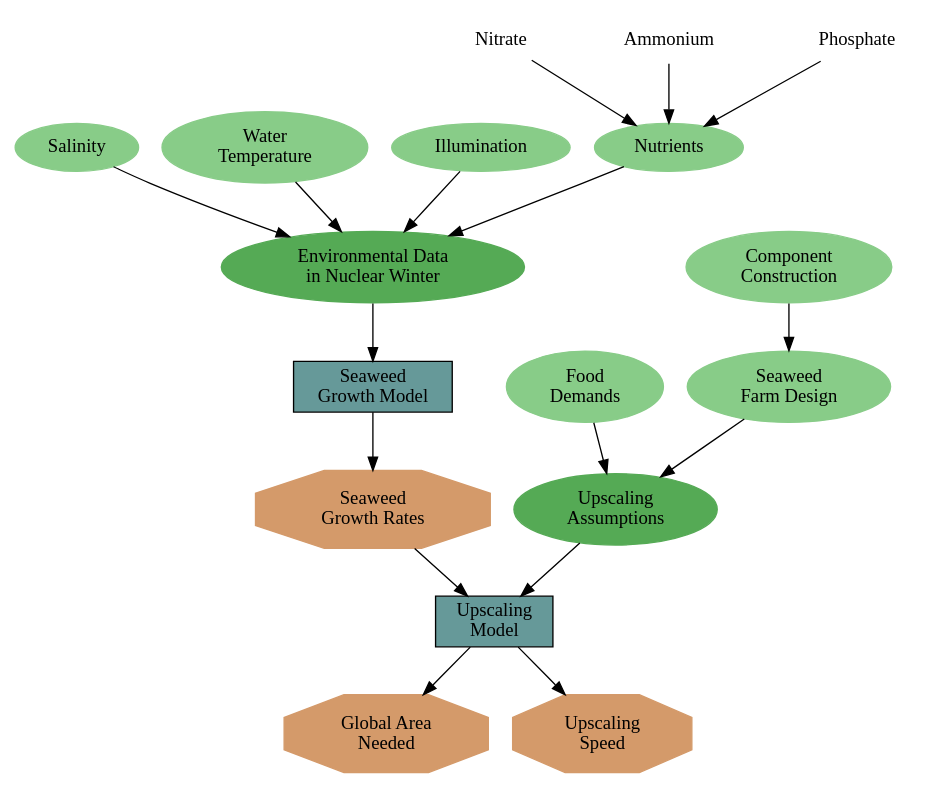
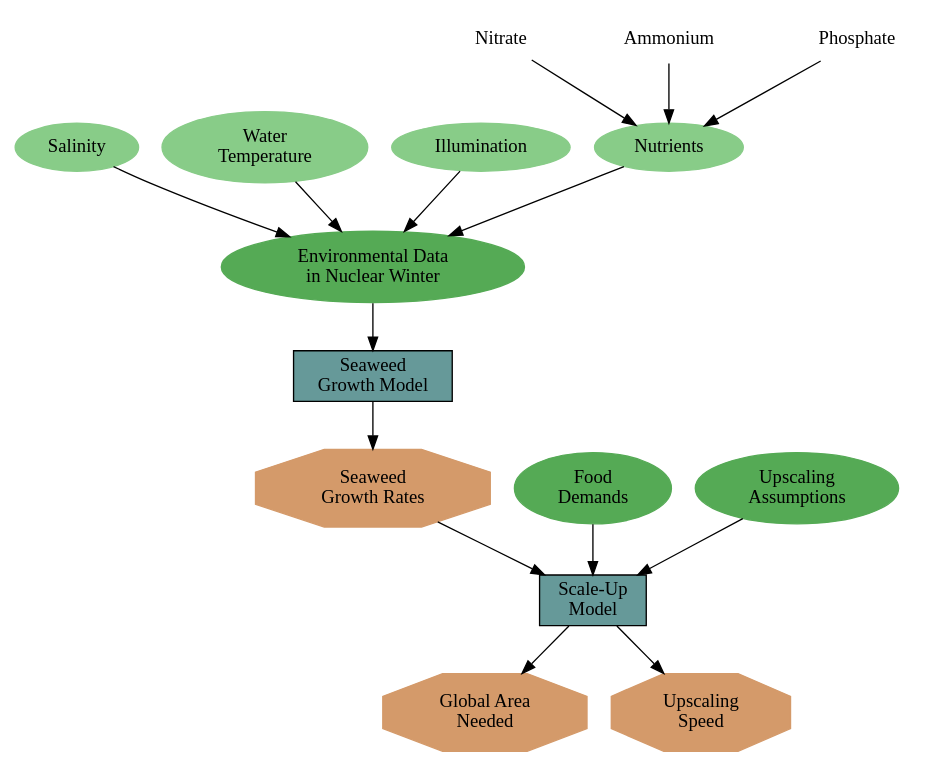
One commit to allfed/Seaweed-Growth-Model changed the diagram in results/model_description/structure.dot. Above: the diagram before and after it, drawn with Graphviz. The commit also changed 2 other files, not shown here.

Commit message:
Updated structure figure

```diff
--- a/results/model_description/structure.dot
+++ b/results/model_description/structure.dot
@@ -1,58 +1,54 @@
 digraph ModelOverview{
     // Inputs for the model
     salinity [label="Salinity", style="filled", color="#88CC88"];
     temperature [label="Water\nTemperature", style="filled", color="#88CC88"];
     illumination [label="Illumination", style="filled", color="#88CC88"];
     nutrients [label="Nutrients", style="filled", color="#88CC88"];
     // link nutrients
     nitrate [label="Nitrate",style="filled", color="white"];
     ammonium [label="Ammonium",style="filled", color="white"];
     phosphate [label="Phosphate",style="filled", color="white"];
     // link nutrients to nutrients
     nitrate -> nutrients
     ammonium -> nutrients
     phosphate -> nutrients
 
     env_data [label="Environmental Data\nin Nuclear Winter", style="filled",color="#55AA55"];
     // link env_data to nutrients
     nutrients -> env_data;
     illumination -> env_data;
     temperature -> env_data;
     salinity -> env_data;
 
     // link env_data to the model
     model_growth [label="Seaweed\nGrowth Model", shape=box, style="filled", fillcolor="#669999"];
     env_data -> model_growth;
 
     // Outputs of the model
     growth [label="Seaweed\nGrowth Rates", shape=octagon, color="#D49A6A", style="filled"];
     // link growth to model
     model_growth -> growth;
 
     // link growth to upscaling model
-    upscaling_model [label="Upscaling\nModel", shape=box, style="filled", fillcolor="#669999"];
+    upscaling_model [label="Scale-Up\nModel", shape=box, style="filled", fillcolor="#669999"];
     growth -> upscaling_model;
 
     // add additional data for the upscaling model
-    food_demands [label="Food\nDemands", style="filled", color="#88CC88"];
-    farm_design [label="Seaweed\nFarm Design", style="filled", color="#88CC88"];
-    comp_prod [label="Component\nConstruction", style="filled", color="#88CC88"];
+    food_demands [label="Food\nDemands", style="filled", color="#55AA55"];
     assumptions [label="Upscaling\nAssumptions", style="filled",color="#55AA55"];
-    food_demands -> assumptions;
-    farm_design -> assumptions;
-    comp_prod -> farm_design;
+    food_demands -> upscaling_model;
     assumptions -> upscaling_model;
 
     // link upscaling model to the output
     area_needed [label="Global Area\nNeeded", shape=octagon, color="#D49A6A", style="filled"];
     upscaling_model -> area_needed;
     upscaling_speed [label="Upscaling\nSpeed", shape=octagon, color="#D49A6A", style="filled"];
     upscaling_model -> upscaling_speed;
 
 
 
 
 
 
 
 }
```
